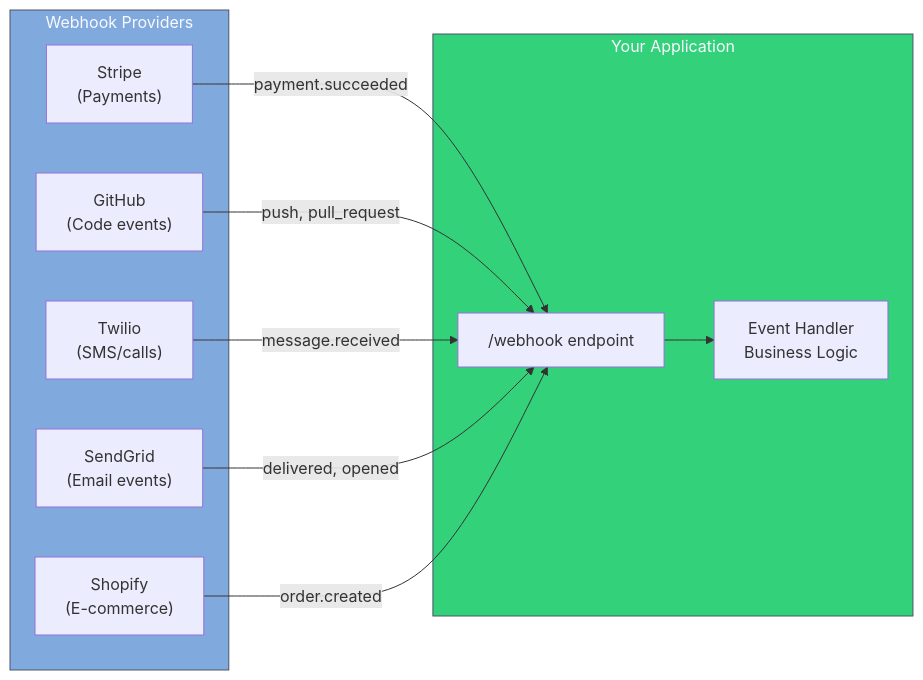
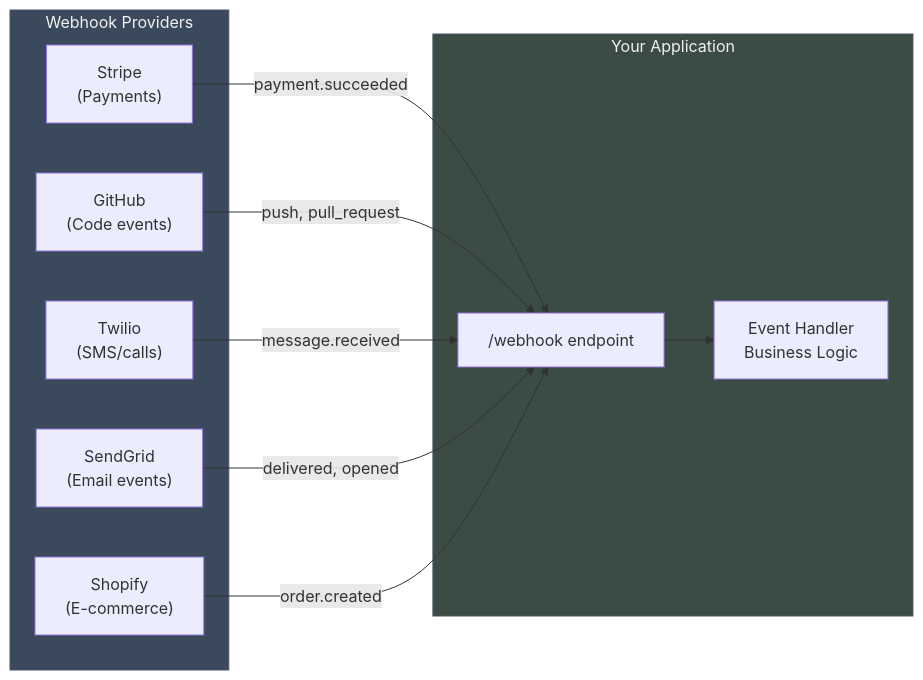
One commit to blackwell-systems/blog changed diagram 14 of 24 in content/posts/api-communication-patterns-guide.md. Above: the diagram before and after it, drawn with Mermaid. The commit also changed other lines of this file and 4 other files, not shown here.

```diff
--- a/content/posts/api-communication-patterns-guide.md
+++ b/content/posts/api-communication-patterns-guide.md
@@ -964,26 +964,26 @@
 {{< mermaid >}}
 flowchart LR
     subgraph providers["Webhook Providers"]
         stripe["Stripe<br/>(Payments)"]
         github["GitHub<br/>(Code events)"]
         twilio["Twilio<br/>(SMS/calls)"]
         sendgrid["SendGrid<br/>(Email events)"]
         shopify["Shopify<br/>(E-commerce)"]
     end
 
     subgraph your["Your Application"]
         endpoint["/webhook endpoint"]
         logic["Event Handler<br/>Business Logic"]
     end
 
     stripe -->|payment.succeeded| endpoint
     github -->|push, pull_request| endpoint
     twilio -->|message.received| endpoint
     sendgrid -->|delivered, opened| endpoint
     shopify -->|order.created| endpoint
 
     endpoint --> logic
 
-    style providers fill:#80AADD,stroke:#4a5568,color:#f8f8ff
-    style your fill:#33D17A,stroke:#4a5568,color:#f8f8ff
+    style providers fill:#3A4A5C,stroke:#4a5568,color:#f0f0f0
+    style your fill:#3A4C43,stroke:#4a5568,color:#f0f0f0
 {{< /mermaid >}}
```
